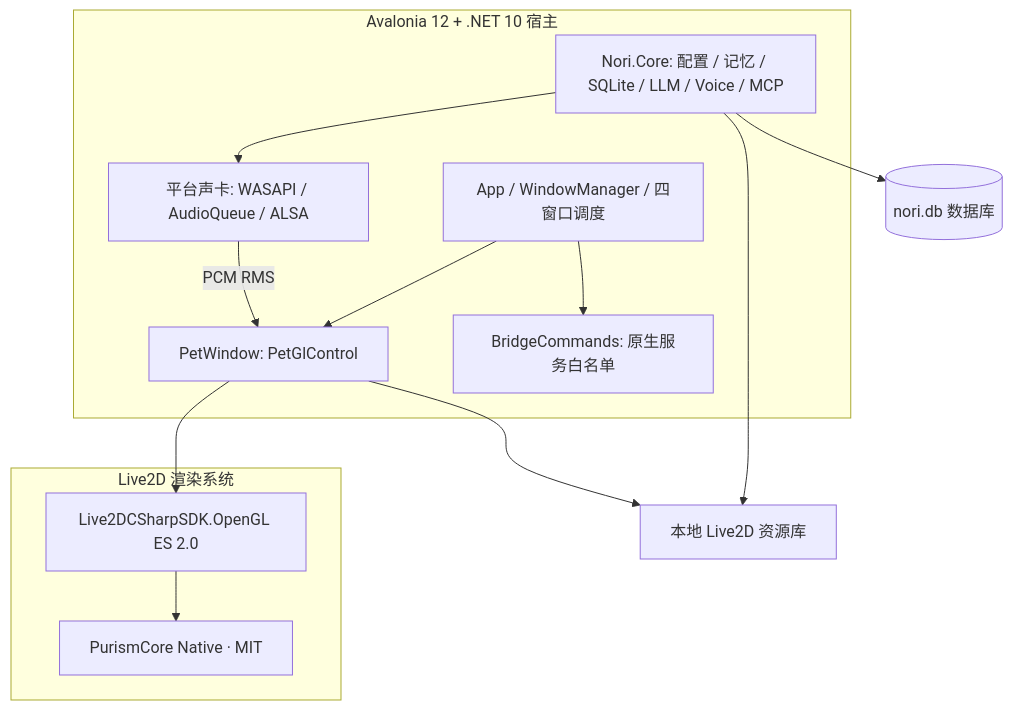
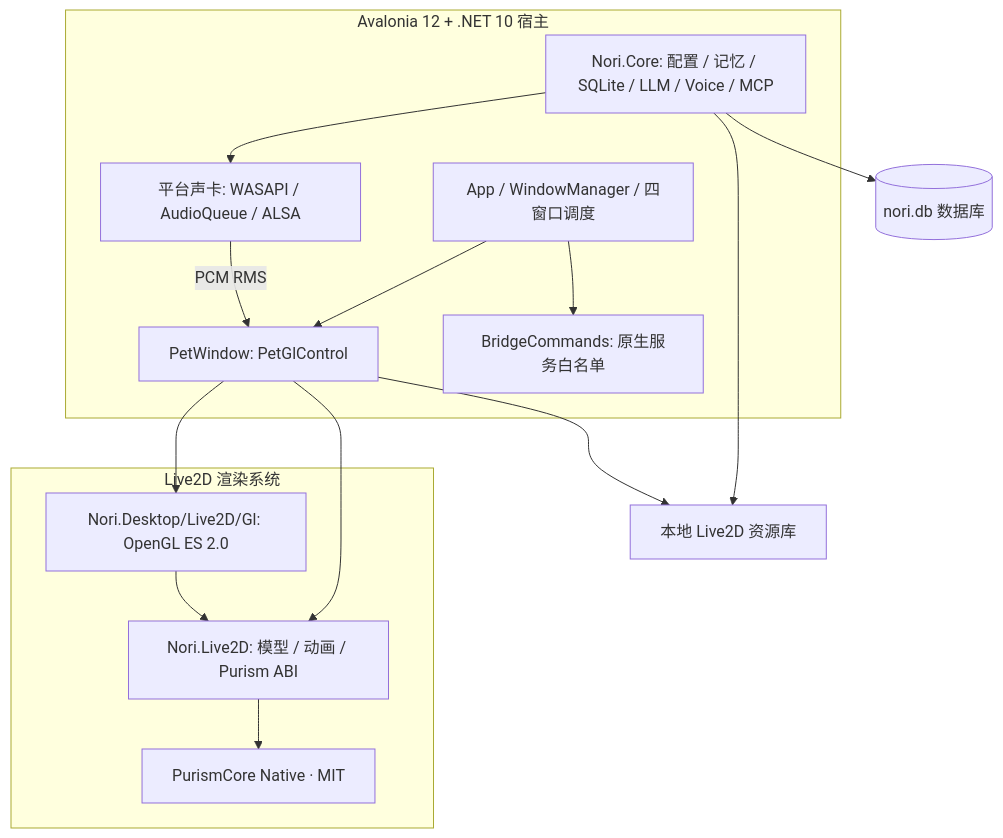
Before and after one commit to Cloudnyco/Nori.Desktop: the diagram in README.md, drawn with Mermaid. The commit also changed other lines of this file and 131 other files, not shown here.

Commit message:
feat: 删除旧 Live2D SDK 并接入自有运行层

````diff
--- a/README.md
+++ b/README.md
@@ -96,25 +96,28 @@
 ```mermaid
 flowchart TD
     subgraph Host[Avalonia 12 + .NET 10 宿主]
         app[App / WindowManager / 四窗口调度]
         petWin[PetWindow: PetGlControl]
         bridge[BridgeCommands: 原生服务白名单]
         audio[平台声卡: WASAPI / AudioQueue / ALSA]
         core[Nori.Core: 配置 / 记忆 / SQLite / LLM / Voice / MCP]
     end
 
     subgraph Live2DCore[Live2D 渲染系统]
         cubism[PurismCore Native · MIT]
-        sdk[Live2DCSharpSDK.OpenGL ES 2.0]
+        model[Nori.Live2D: 模型 / 动画 / Purism ABI]
+        gl[Nori.Desktop/Live2D/Gl: OpenGL ES 2.0]
     end
 
     app --> petWin
     app --> bridge
-    petWin --> sdk
-    sdk --> cubism
+    petWin --> model
+    petWin --> gl
+    gl --> model
+    model --> cubism
     core --> audio
     audio -- PCM RMS --> petWin
     core --> SQLite[(nori.db 数据库)]
     core --> models[本地 Live2D 资源库]
     petWin --> models
 ```
````
